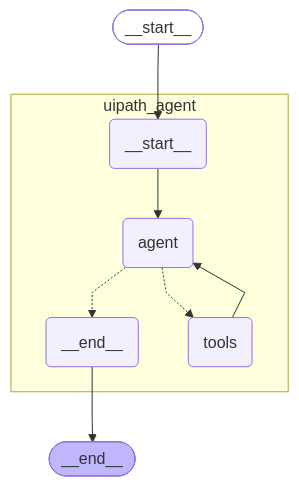
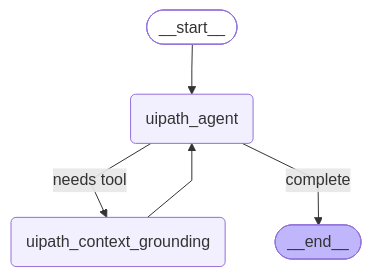
Before and after one commit to jms-dcksn/uipath-langgraph-agent: the diagram in agent.mermaid, drawn with Mermaid. The commit also changed 6 other files, not shown here.

```diff
--- a/agent.mermaid
+++ b/agent.mermaid
@@ -1,23 +1,17 @@
 ---
 config:
   flowchart:
     curve: linear
 ---
 graph TD;
 	__start__([<p>__start__</p>]):::first
+	uipath_agent(uipath_agent)
+	tool_node(uipath_context_grounding)
 	__end__([<p>__end__</p>]):::last
-	__start__ --> uipath_agent___start__;
-	uipath_agent___end__ --> __end__;
-	subgraph uipath_agent
-	uipath_agent___start__(<p>__start__</p>)
-	uipath_agent_agent(agent)
-	uipath_agent_tools(tools)
-	uipath_agent___end__(<p>__end__</p>)
-	uipath_agent___start__ --> uipath_agent_agent;
-	uipath_agent_agent -.-> uipath_agent___end__;
-	uipath_agent_agent -.-> uipath_agent_tools;
-	uipath_agent_tools --> uipath_agent_agent;
-	end
+	__start__ --> uipath_agent;
+	uipath_agent -->|"needs tool"| tool_node;
+	tool_node --> uipath_agent;
+	uipath_agent -->|"complete"| __end__;
 	classDef default fill:#f2f0ff,line-height:1.2
 	classDef first fill-opacity:0
 	classDef last fill:#bfb6fc
```
